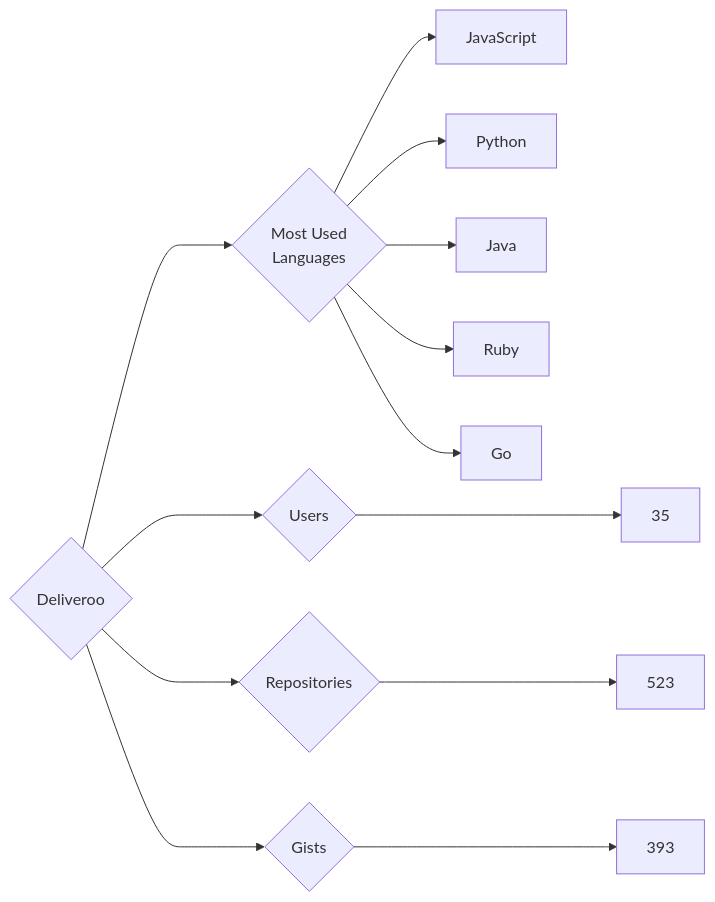
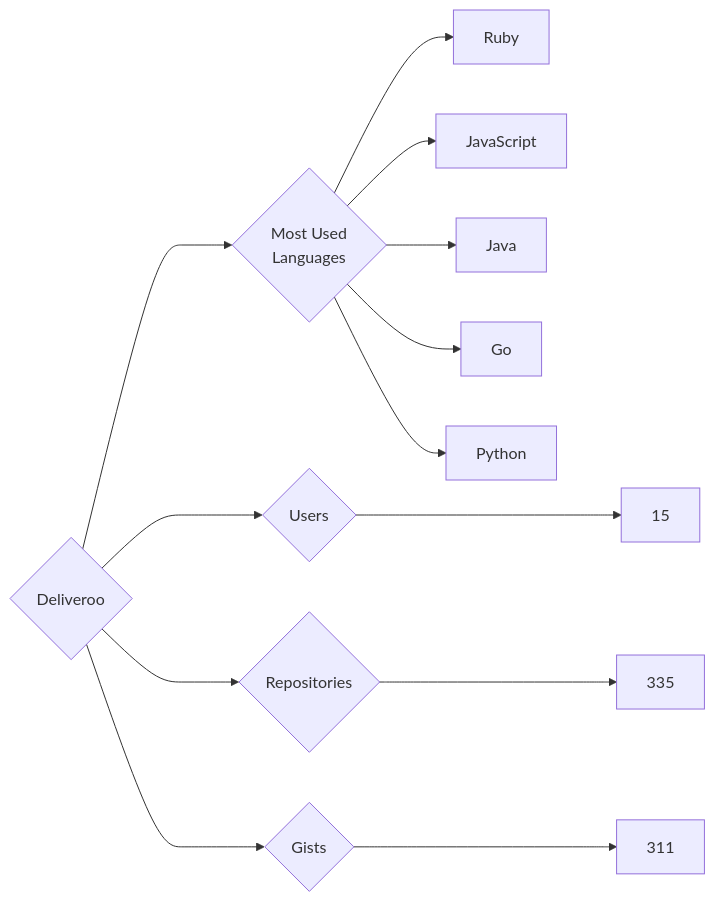
One commit to trickest/insiders changed the diagram in targets/Deliveroo/README.md. Above: the diagram before and after it, drawn with Mermaid. The commit also changed 873 other files, not shown here.

````diff
--- a/targets/Deliveroo/README.md
+++ b/targets/Deliveroo/README.md
@@ -3,13 +3,13 @@
 ```mermaid
 graph LR
 COMPANY_NAME{Deliveroo}
-COMPANY_NAME ---> U{Users} ---> UN[35]
-COMPANY_NAME ---> R{Repositories} ---> RN[523]
-COMPANY_NAME ---> G{Gists} ---> GN[393]
+COMPANY_NAME ---> U{Users} ---> UN[15]
+COMPANY_NAME ---> R{Repositories} ---> RN[335]
+COMPANY_NAME ---> G{Gists} ---> GN[311]
 COMPANY_NAME ---> ML{Most Used<br>Languages}
+ML --> Ruby[Ruby]
 ML --> JavaScript[JavaScript]
+ML --> Java[Java]
+ML --> Go[Go]
 ML --> Python[Python]
-ML --> Java[Java]
-ML --> Ruby[Ruby]
-ML --> Go[Go]
 ```
````
